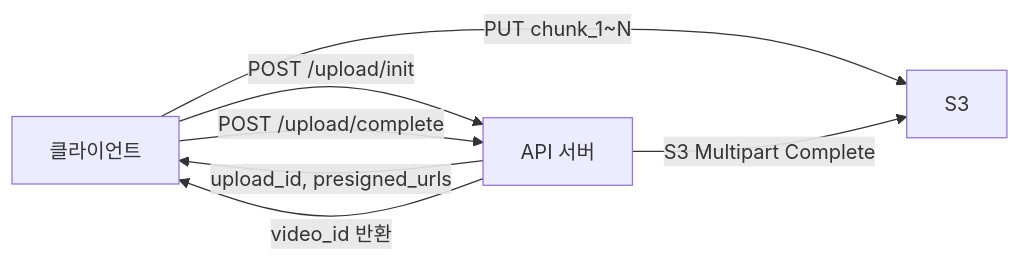
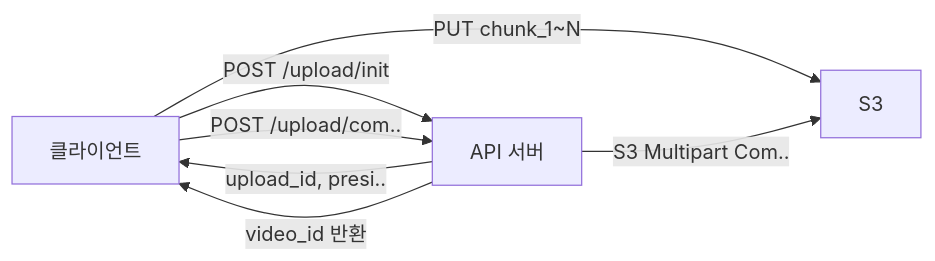
Before and after one commit to yjkim2015/yjkim2015.github.io: the second of 11 diagrams in _posts/systemdesign/2026-05-03-system-design-video-streaming.md, drawn with Mermaid. The commit also changed other lines of this file and 132 other files, not shown here.

First line of the commit message:
Mermaid 다이어그램 가독성 정리: 단순 제거, 노드 축소, TD→LR 변환

````diff
--- a/_posts/systemdesign/2026-05-03-system-design-video-streaming.md
+++ b/_posts/systemdesign/2026-05-03-system-design-video-streaming.md
@@ -172,9 +172,9 @@
 ```mermaid
 graph LR
     C["클라이언트"] -->|"POST /upload/init"| A["API 서버"]
-    A -->|"upload_id, presigned_urls"| C
+    A -->|upload_id, presi..| C
     C -->|"PUT chunk_1~N"| S["S3"]
-    C -->|"POST /upload/complete"| A
-    A -->|"S3 Multipart Complete"| S
+    C -->|POST /upload/com..| A
+    A -->|S3 Multipart Com..| S
     A -->|"video_id 반환"| C
 ```
````
